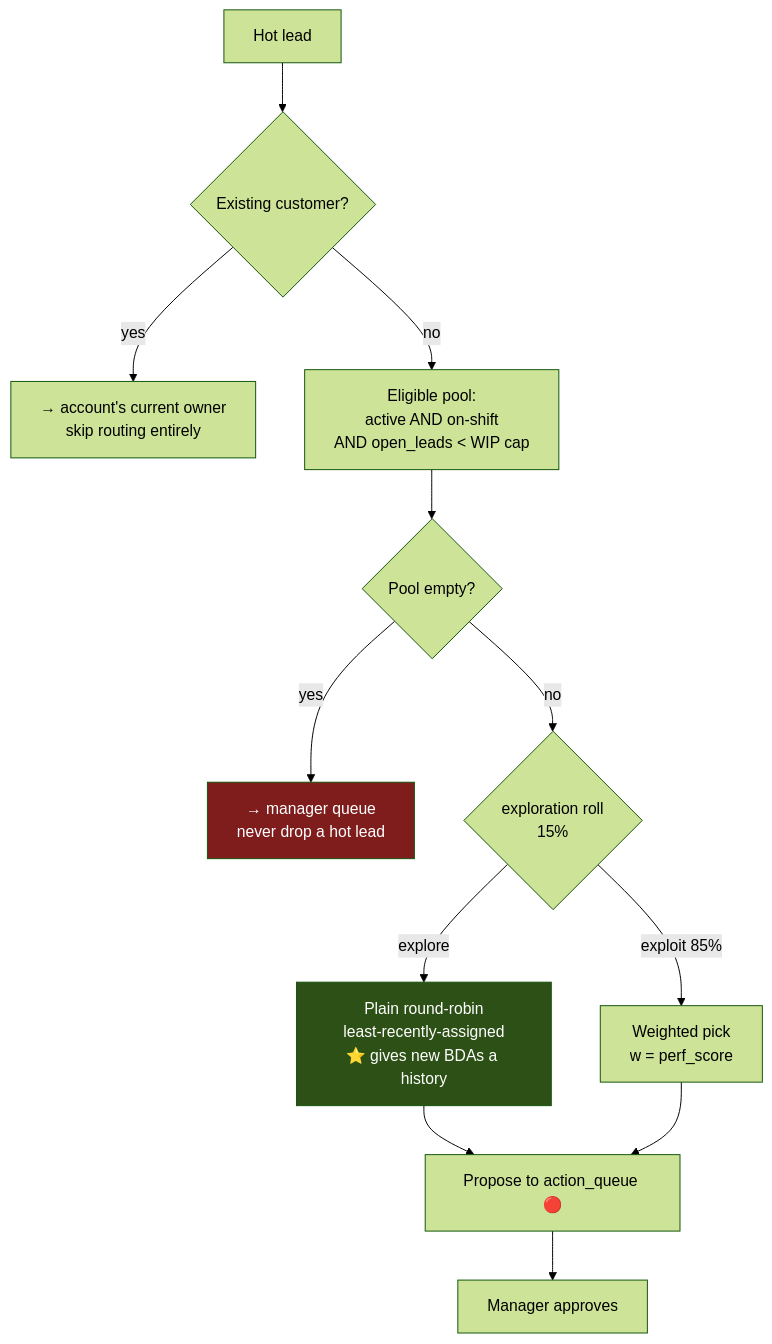
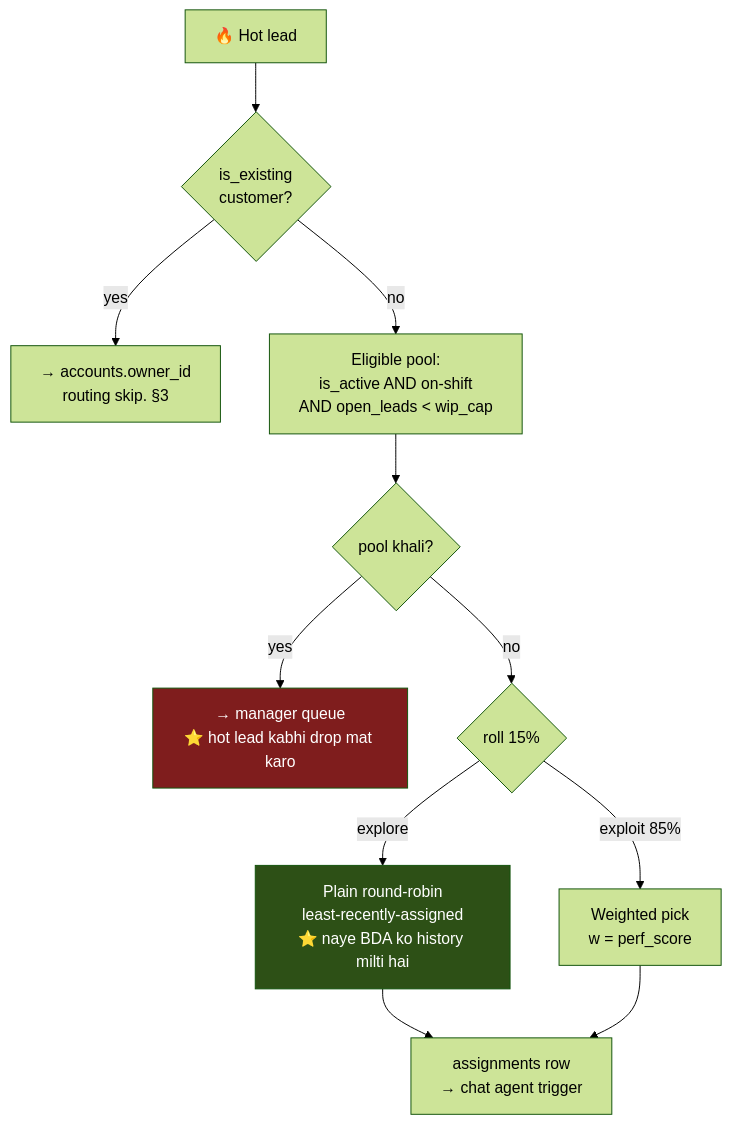
One commit to jitendra205saini/TwoWay_Ai_Agent changed the third of 4 diagrams in TWOWAY.md. Above: the diagram before and after it, drawn with Mermaid (forest theme). The commit also changed other lines of this file, not shown here.

````diff
--- a/TWOWAY.md
+++ b/TWOWAY.md
@@ -449,16 +314,15 @@
 ```mermaid
 flowchart TD
-    A["Hot lead"] --> B{"Existing customer?"}
-    B -->|yes| C["→ account's current owner<br/>skip routing entirely"]
-    B -->|no| D["Eligible pool:<br/>active AND on-shift<br/>AND open_leads &lt; WIP cap"]
-    D --> E{"Pool empty?"}
-    E -->|yes| F["→ manager queue<br/>never drop a hot lead"]
-    E -->|no| G{"exploration roll<br/>15%"}
-    G -->|explore| H["Plain round-robin<br/>least-recently-assigned<br/>⭐ gives new BDAs a history"]
+    A["🔥 Hot lead"] --> B{"is_existing<br/>customer?"}
+    B -->|yes| C["→ accounts.owner_id<br/>routing skip. §3"]
+    B -->|no| D["Eligible pool:<br/>is_active AND on-shift<br/>AND open_leads &lt; wip_cap"]
+    D --> E{"pool khali?"}
+    E -->|yes| F["→ manager queue<br/>⭐ hot lead kabhi drop mat karo"]
+    E -->|no| G{"roll 15%"}
+    G -->|explore| H["Plain round-robin<br/>least-recently-assigned<br/>⭐ naye BDA ko history milti hai"]
     G -->|exploit 85%| I["Weighted pick<br/>w = perf_score"]
-    H --> J["Propose to action_queue 🔴"]
+    H --> J["assignments row<br/>→ chat agent trigger"]
     I --> J
-    J --> K["Manager approves"]
     style H fill:#2d5016,color:#fff
     style F fill:#7f1d1d,color:#fff
 ```
````
